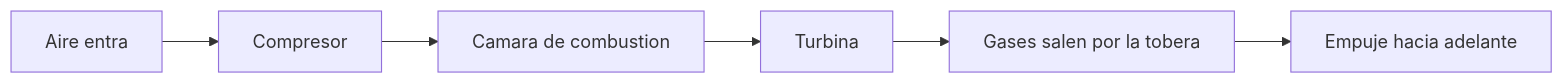
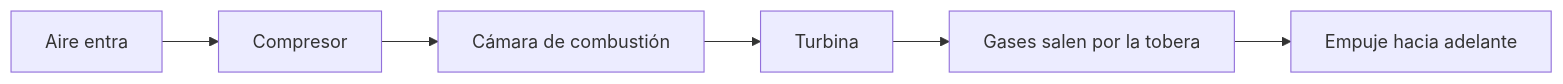
The third of 3 diagrams in vehiculos/aviones-combate/operacion/sistemas-mecanicos-avion-combate.md (vladimiracunadev-create/machine-operator-program), drawn with Mermaid before and after one commit. The commit also changed other lines of this file and 442 other files, not shown here.

````diff
--- a/vehiculos/aviones-combate/operacion/sistemas-mecanicos-avion-combate.md
+++ b/vehiculos/aviones-combate/operacion/sistemas-mecanicos-avion-combate.md
@@ -88,8 +88,8 @@
 ```mermaid
 flowchart LR
     Entra[Aire entra] --> Compresor[Compresor]
-    Compresor --> Camara[Camara de combustion]
+    Compresor --> Camara[Cámara de combustión]
     Camara --> Turbina[Turbina]
     Turbina --> Sale[Gases salen por la tobera]
     Sale --> Empuje[Empuje hacia adelante]
 ```
````
